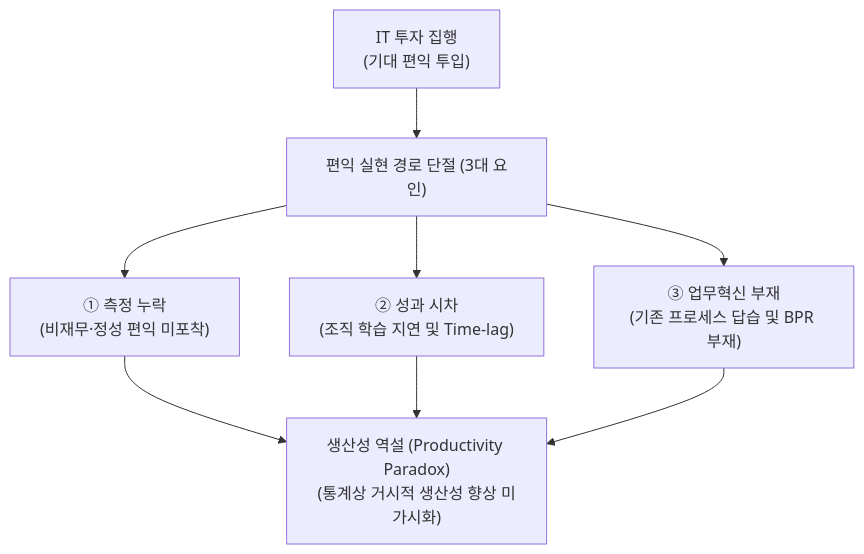
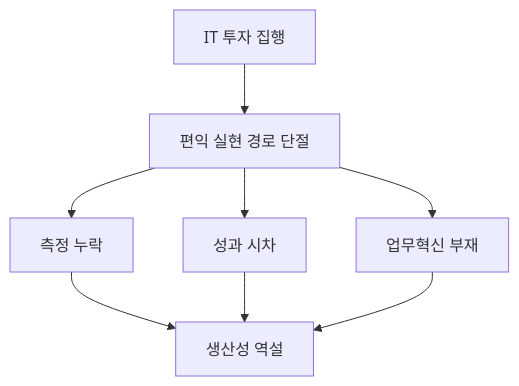
One commit to agnusdei1207/study changed the third of 5 diagrams in src/content/docs/notes/itpe/01-it-strategy/016_it_investment_evaluation.md. Above: the diagram before and after it, drawn with Mermaid. The commit also changed other lines of this file and 19 other files, not shown here.

````diff
--- a/src/content/docs/notes/itpe/01-it-strategy/016_it_investment_evaluation.md
+++ b/src/content/docs/notes/itpe/01-it-strategy/016_it_investment_evaluation.md
@@ -94,12 +103,10 @@
 ```mermaid
 flowchart TD
-    A["IT 투자 집행<br/>(기대 편익 투입)"] --> B["편익 실현 경로 단절 (3대 요인)"]
-
-    B --> F1["① 측정 누락<br/>(비재무·정성 편익 미포착)"]
-    B --> F2["② 성과 시차<br/>(조직 학습 지연 및 Time-lag)"]
-    B --> F3["③ 업무혁신 부재<br/>(기존 프로세스 답습 및 BPR 부재)"]
-
-    F1 --> C["생산성 역설 (Productivity Paradox)<br/>(통계상 거시적 생산성 향상 미가시화)"]
+    A["IT 투자 집행"] --> B["편익 실현 경로 단절"]
+    B --> F1["측정 누락"]
+    B --> F2["성과 시차"]
+    B --> F3["업무혁신 부재"]
+    F1 --> C["생산성 역설"]
     F2 --> C
     F3 --> C
 ```
````
